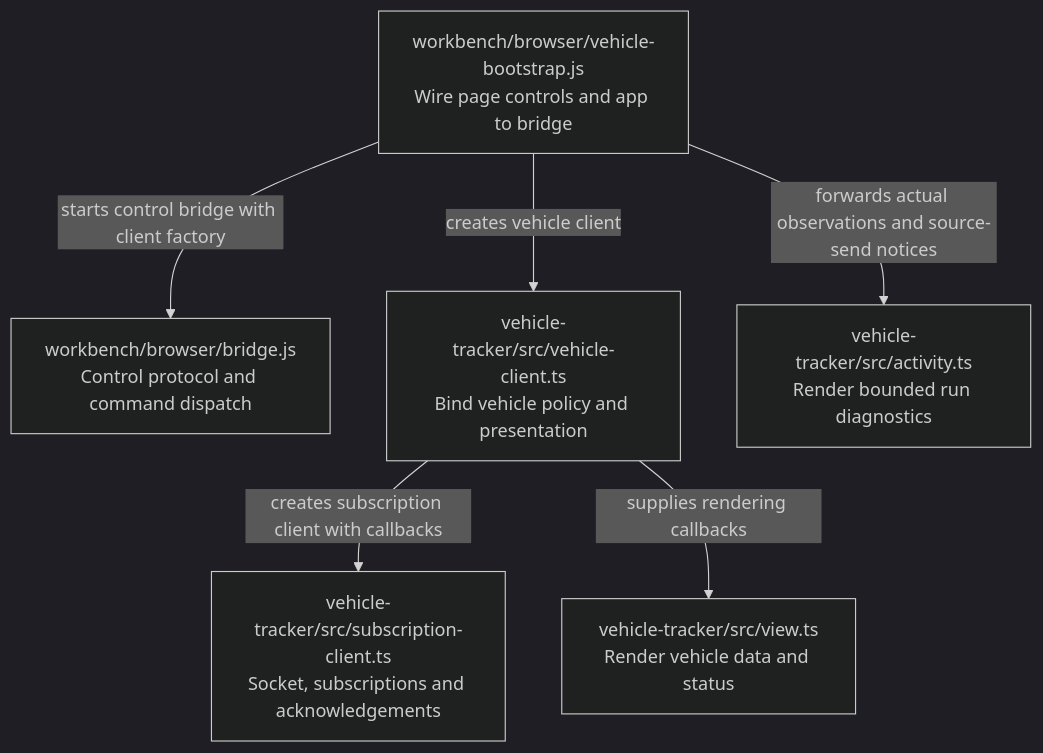
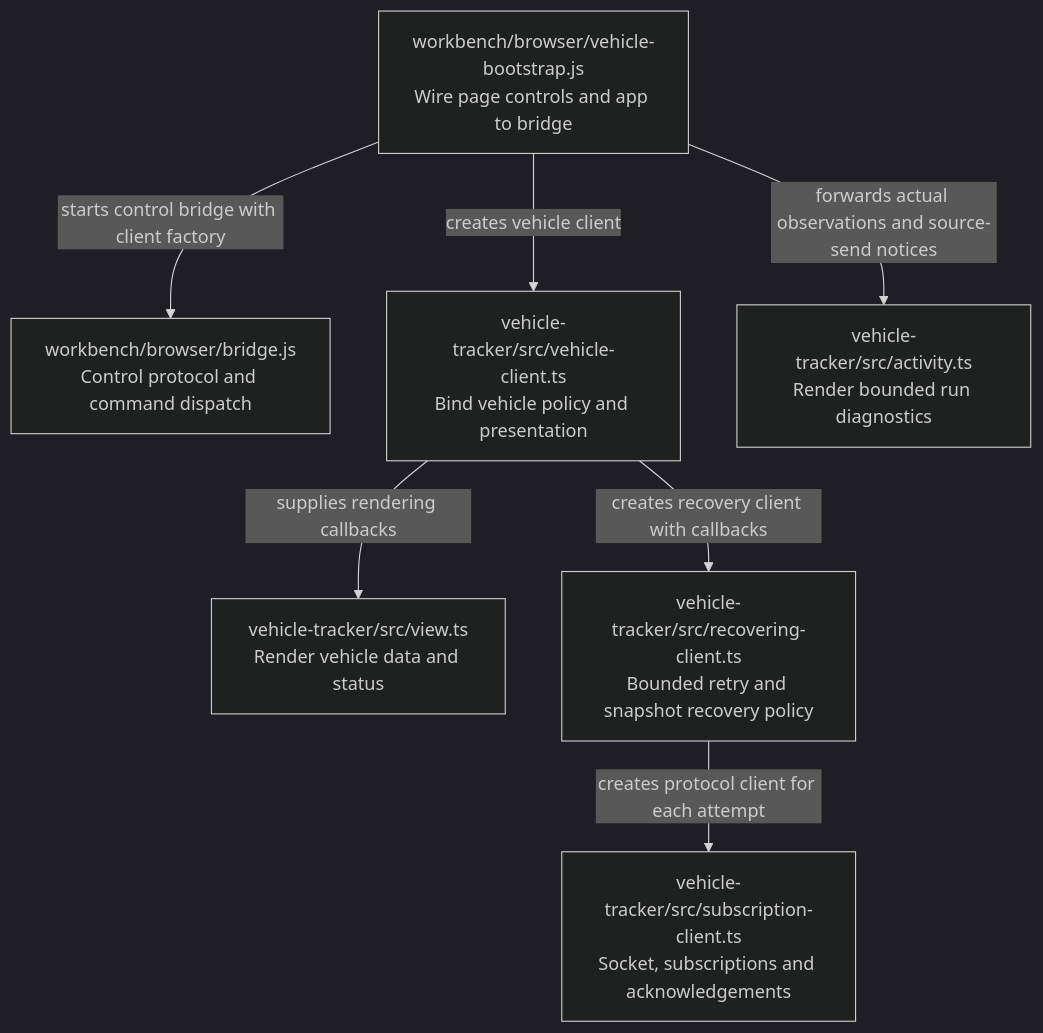
Before and after one commit to sproates/zooglass: the sixth of 6 diagrams in incubator/workbench/docs/source-map.md, drawn with Mermaid (dark theme). The commit also changed other lines of this file and 15 other files, not shown here.

Commit message:
Add bounded automatic browser recovery for expected data faults (#67)

````diff
--- a/incubator/workbench/docs/source-map.md
+++ b/incubator/workbench/docs/source-map.md
@@ -208,14 +208,16 @@
 ```mermaid
 flowchart TB
   bootstrap["workbench/browser/vehicle-bootstrap.js<br/>Wire page controls and app to bridge"]
   bridge["workbench/browser/bridge.js<br/>Control protocol and command dispatch"]
   client["vehicle-tracker/src/vehicle-client.ts<br/>Bind vehicle policy and presentation"]
   subscription["vehicle-tracker/src/subscription-client.ts<br/>Socket, subscriptions and acknowledgements"]
   view["vehicle-tracker/src/view.ts<br/>Render vehicle data and status"]
   activity["vehicle-tracker/src/activity.ts<br/>Render bounded run diagnostics"]
   bootstrap -->|forwards actual observations and source-send notices| activity
   bootstrap -->|starts control bridge with client factory| bridge
   bootstrap -->|creates vehicle client| client
-  client -->|creates subscription client with callbacks| subscription
+  recovery["vehicle-tracker/src/recovering-client.ts<br/>Bounded retry and snapshot recovery policy"]
+  client -->|creates recovery client with callbacks| recovery
+  recovery -->|creates protocol client for each attempt| subscription
   client -->|supplies rendering callbacks| view
 ```
````
